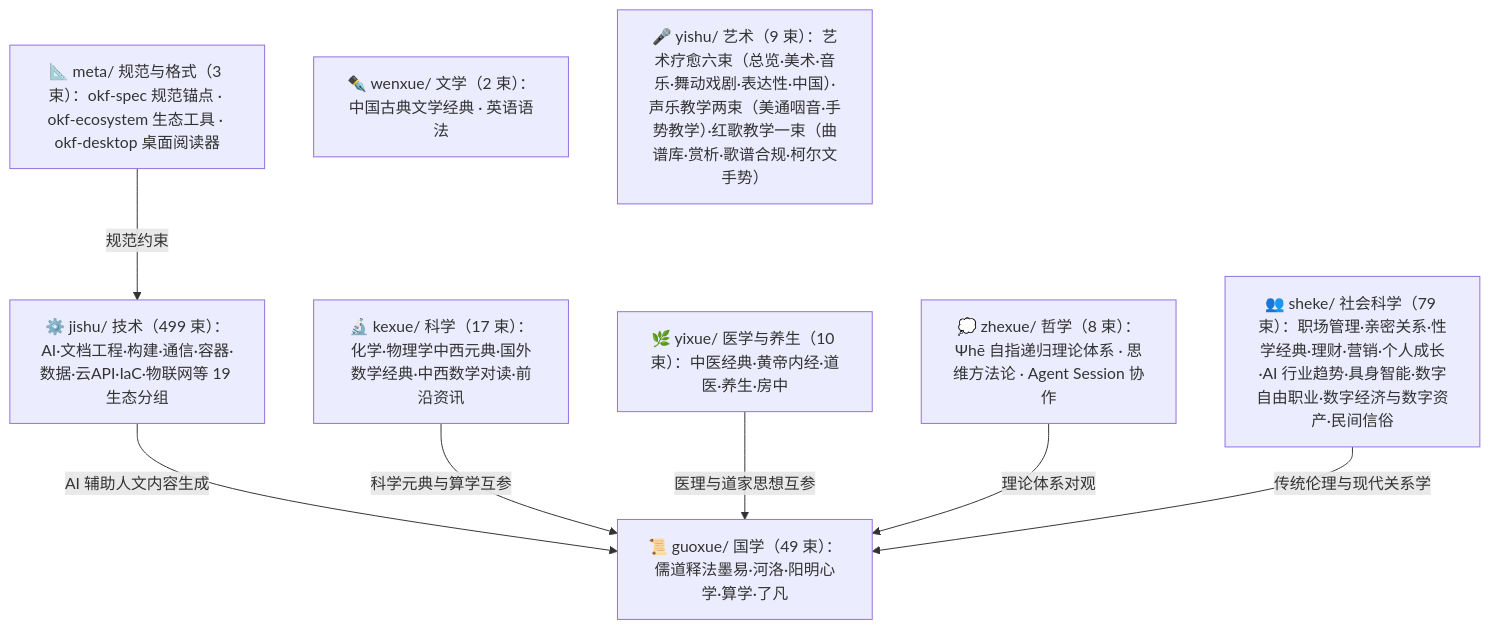
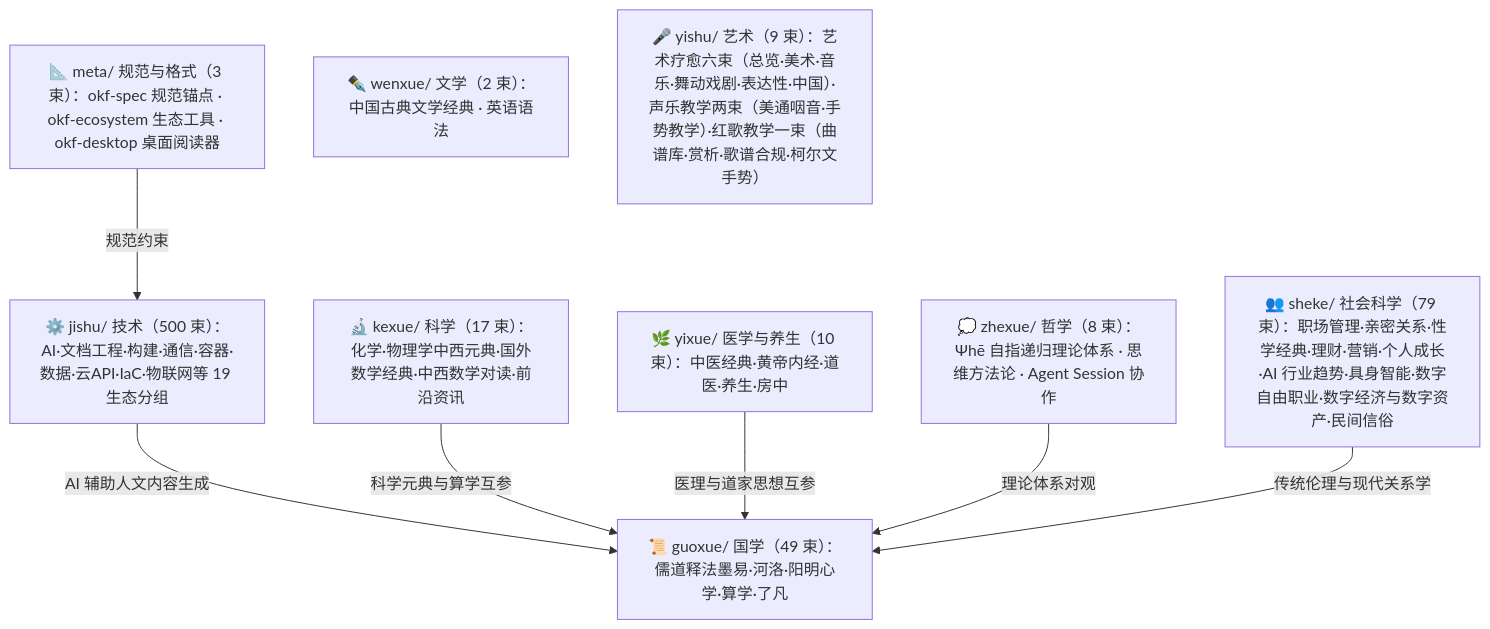
Before and after one commit to awesome-flexloop/awesome-okf: the diagram in doc/bundles/index.md, drawn with Mermaid. The commit also changed other lines of this file and 15 other files, not shown here.

````diff
--- a/doc/bundles/index.md
+++ b/doc/bundles/index.md
@@ -21,18 +21,18 @@
 ```mermaid
 flowchart TD
     meta["📐 meta/ 规范与格式（3 束）：okf-spec 规范锚点 · okf-ecosystem 生态工具 · okf-desktop 桌面阅读器"]
     guoxue["📜 guoxue/ 国学（49 束）：儒道释法墨易·河洛·阳明心学·算学·了凡"]
     zhexue["💭 zhexue/ 哲学（8 束）：Ψhē 自指递归理论体系 · 思维方法论 · Agent Session 协作"]
     kexue["🔬 kexue/ 科学（17 束）：化学·物理学中西元典·国外数学经典·中西数学对读·前沿资讯"]
     wenxue["✒️ wenxue/ 文学（2 束）：中国古典文学经典 · 英语语法"]
     yixue["🌿 yixue/ 医学与养生（10 束）：中医经典·黄帝内经·道医·养生·房中"]
     sheke["👥 sheke/ 社会科学（79 束）：职场管理·亲密关系·性学经典·理财·营销·个人成长·AI 行业趋势·具身智能·数字自由职业·数字经济与数字资产·民间信俗"]
     yishu["🎤 yishu/ 艺术（9 束）：艺术疗愈六束（总览·美术·音乐·舞动戏剧·表达性·中国）·声乐教学两束（美通咽音·手势教学）·红歌教学一束（曲谱库·赏析·歌谱合规·柯尔文手势）"]
-    jishu["⚙️ jishu/ 技术（499 束）：AI·文档工程·构建·通信·容器·数据·云API·IaC·物联网等 19 生态分组"]
+    jishu["⚙️ jishu/ 技术（500 束）：AI·文档工程·构建·通信·容器·数据·云API·IaC·物联网等 19 生态分组"]
     meta -->|"规范约束"| jishu
     jishu -->|"AI 辅助人文内容生成"| guoxue
     kexue -->|"科学元典与算学互参"| guoxue
     yixue -->|"医理与道家思想互参"| guoxue
     zhexue -->|"理论体系对观"| guoxue
     sheke -->|"传统伦理与现代关系学"| guoxue
 ```
````
